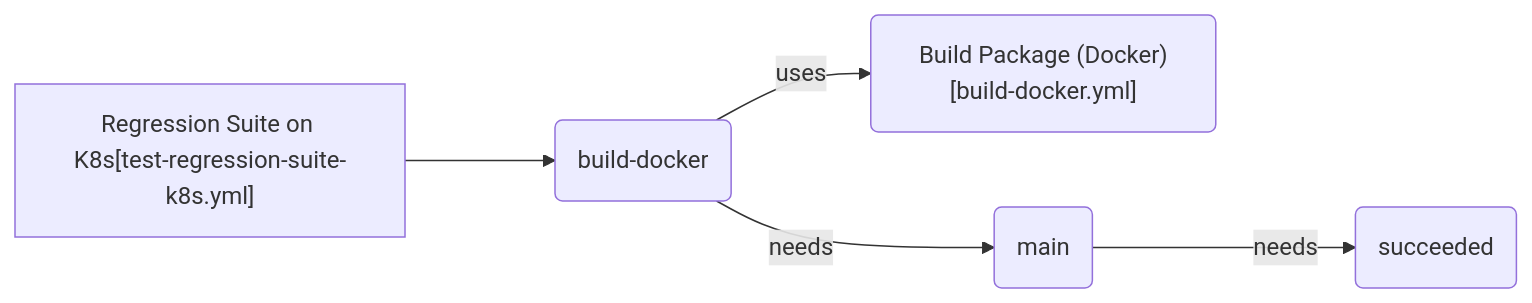
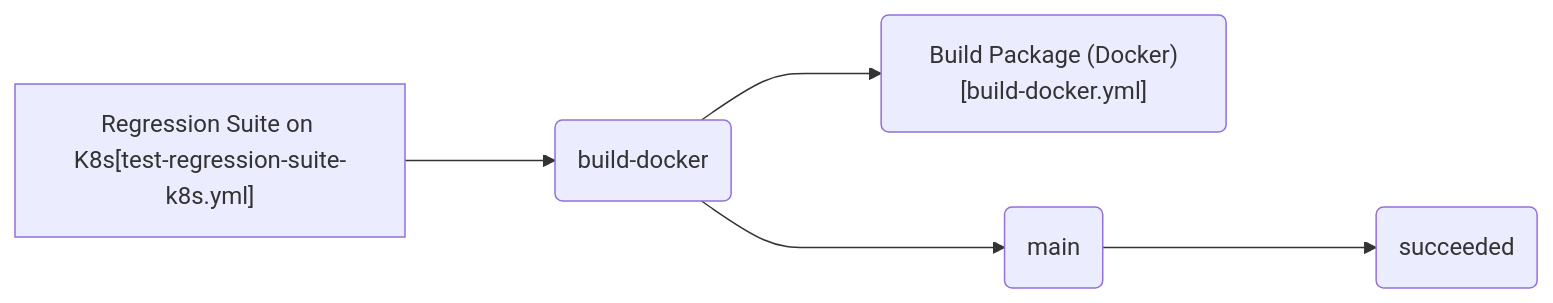
Before and after one commit to hpcc-systems/HPCC-Platform: diagram 14 of 27 in .github/workflows/ActionFlow.md, drawn with Mermaid. The commit also changed other lines of this file, not shown here.

Commit message:
Remove uses and needs path-labels

````diff
--- a/.github/workflows/ActionFlow.md
+++ b/.github/workflows/ActionFlow.md
@@ -115,11 +115,11 @@
 ```mermaid
 
 flowchart LR
 
   REGRESSION_SUITE_ON_K8S["Regression Suite on K8s[test-regression-suite-k8s.yml]"] ---> build-docker(build-docker)
   build-docker("build-docker
-inputs:[os: ${{ inputs.os }},upload-package: true,containerized: true,asset-name: ${{ inputs.asset-n...]") --uses--> build-docker.yml("Build Package (Docker)[build-docker.yml]")
-  build-docker(build-docker) --needs--> main(main)
-  main(main) --needs--> succeeded(succeeded)
+inputs:[os: ${{ inputs.os }},upload-package: true,containerized: true,asset-name: ${{ inputs.asset-n...]") ---> build-docker.yml("Build Package (Docker)[build-docker.yml]")
+  build-docker(build-docker) ---> main(main)
+  main(main) ---> succeeded(succeeded)
 
 ```
````
